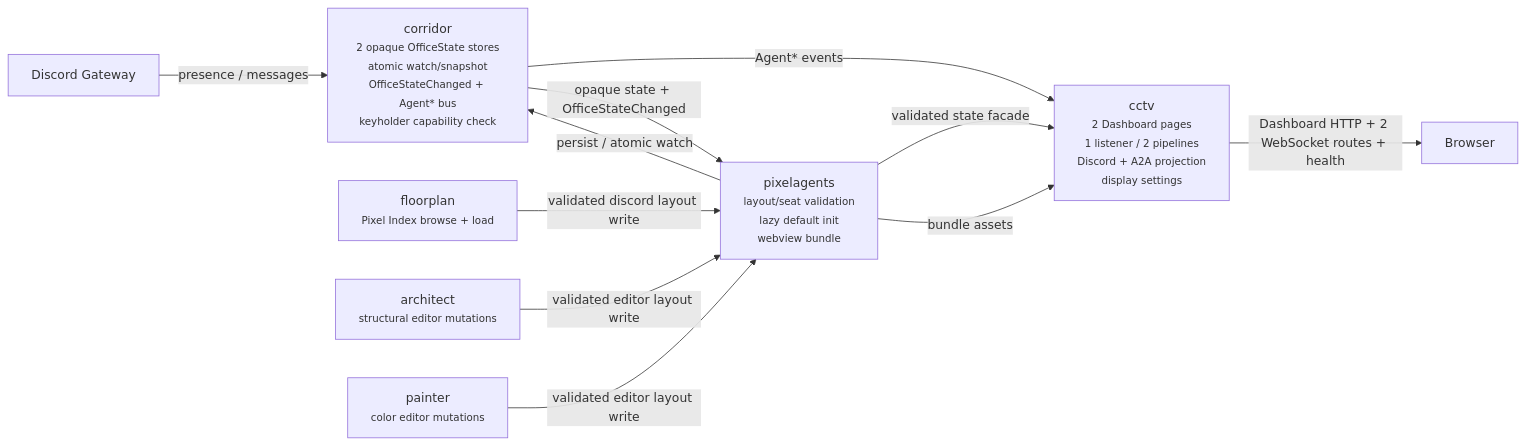
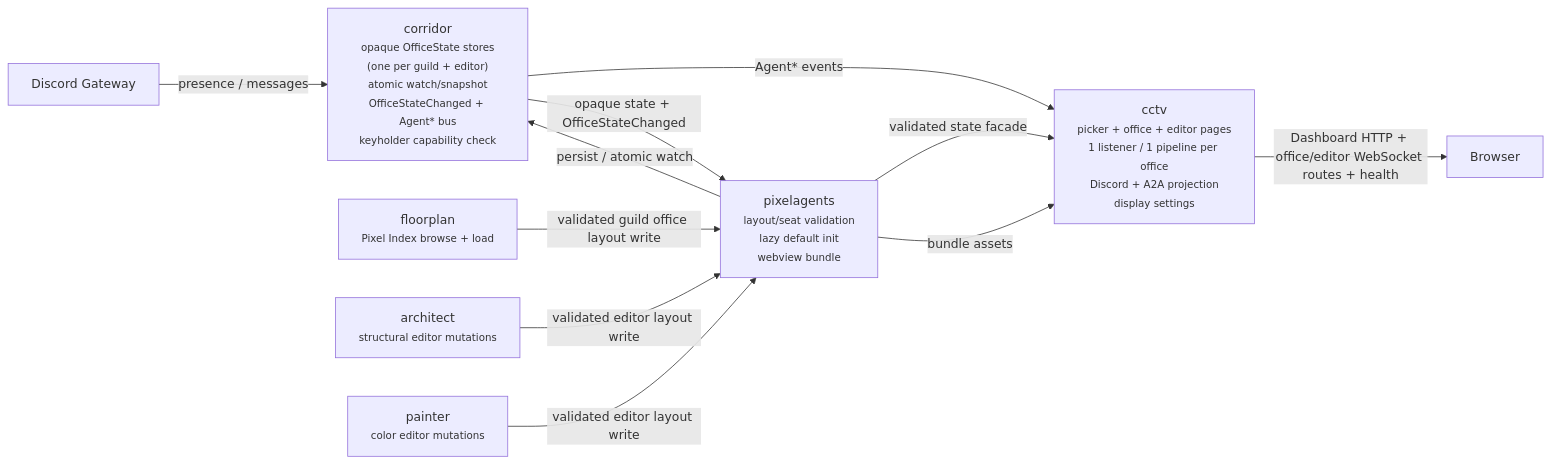
Before and after one commit to pixel-agents-hq/pixel-agents-cogs: the first of 6 diagrams in docs/cctv-design.md, drawn with Mermaid. The commit also changed other lines of this file and 74 other files, not shown here.

First line of the commit message:
feat(cctv,corridor,pixelagents,floorplan): one Pixel Agents office per Discord server (#107)

````diff
--- a/docs/cctv-design.md
+++ b/docs/cctv-design.md
@@ -32,22 +36,22 @@
 ```mermaid
 flowchart LR
     Discord["Discord Gateway"]
-    Corridor["corridor<br/><small>2 opaque OfficeState stores<br/>atomic watch/snapshot<br/>OfficeStateChanged + Agent* bus<br/>keyholder capability check</small>"]
+    Corridor["corridor<br/><small>opaque OfficeState stores<br/>(one per guild + editor)<br/>atomic watch/snapshot<br/>OfficeStateChanged + Agent* bus<br/>keyholder capability check</small>"]
     Pixelagents["pixelagents<br/><small>layout/seat validation<br/>lazy default init<br/>webview bundle</small>"]
-    Cctv["cctv<br/><small>2 Dashboard pages<br/>1 listener / 2 pipelines<br/>Discord + A2A projection<br/>display settings</small>"]
+    Cctv["cctv<br/><small>picker + office + editor pages<br/>1 listener / 1 pipeline per office<br/>Discord + A2A projection<br/>display settings</small>"]
     Floorplan["floorplan<br/><small>Pixel Index browse + load</small>"]
     Architect["architect<br/><small>structural editor mutations</small>"]
     Painter["painter<br/><small>color editor mutations</small>"]
     Browser["Browser"]
 
     Discord -->|presence / messages| Corridor
     Corridor -->|Agent* events| Cctv
     Corridor -->|opaque state + OfficeStateChanged| Pixelagents
     Pixelagents -->|validated state facade| Cctv
-    Floorplan -->|validated discord layout write| Pixelagents
+    Floorplan -->|validated guild office layout write| Pixelagents
     Architect -->|validated editor layout write| Pixelagents
     Painter -->|validated editor layout write| Pixelagents
     Pixelagents -->|persist / atomic watch| Corridor
     Pixelagents -->|bundle assets| Cctv
-    Cctv -->|Dashboard HTTP + 2 WebSocket routes + health| Browser
+    Cctv -->|Dashboard HTTP + office/editor WebSocket routes + health| Browser
 ```
````
